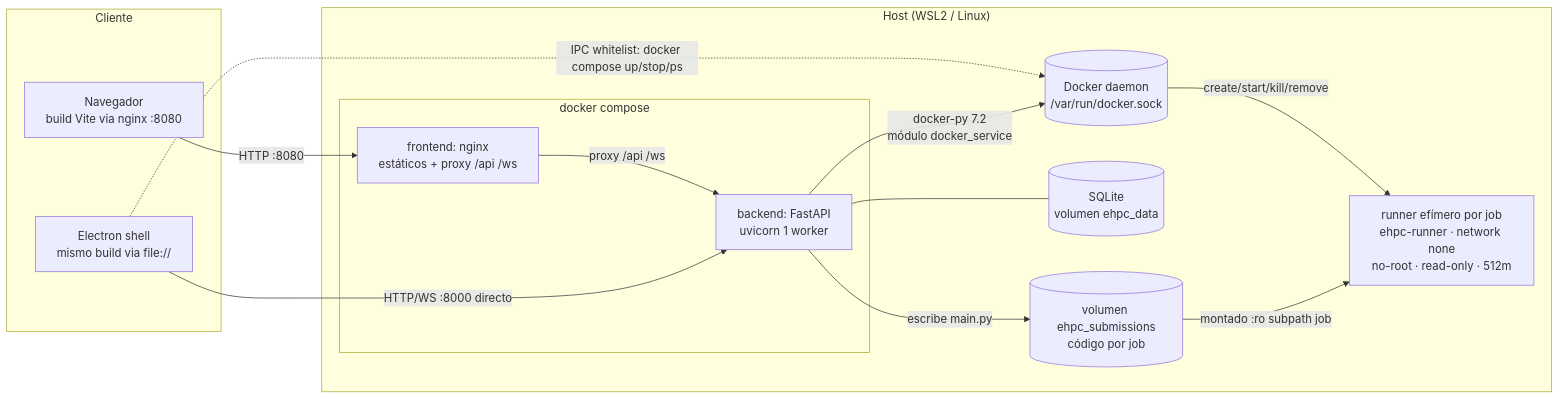
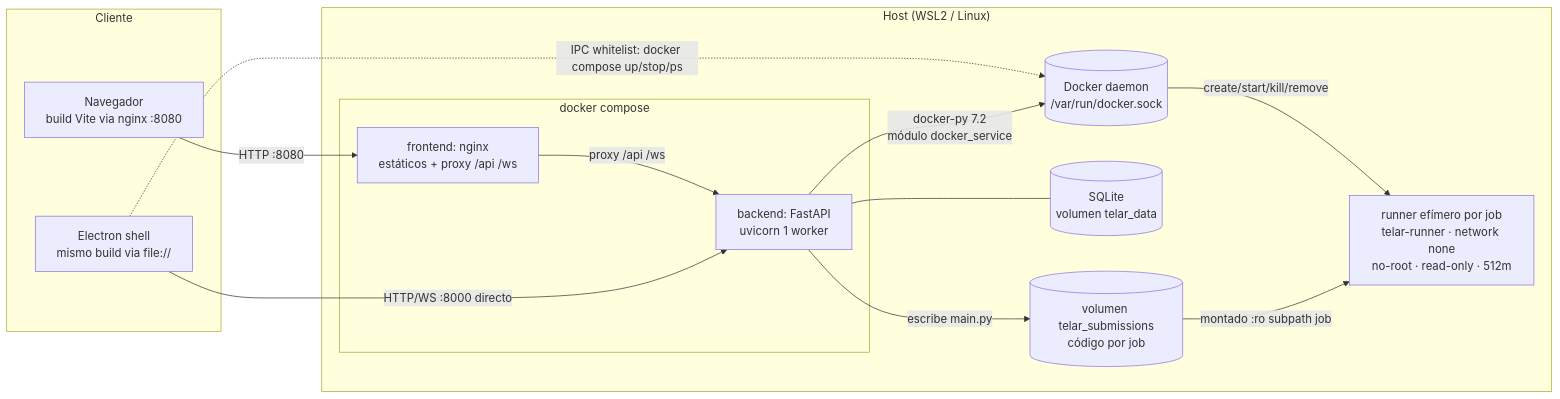
The first of 2 diagrams in e-hpc/docs/architecture/architecture.md (JorgeHSLA/tesis), drawn with Mermaid before and after one commit. The commit also changed other lines of this file and 57 other files, not shown here.

````diff
--- a/e-hpc/docs/architecture/architecture.md
+++ b/e-hpc/docs/architecture/architecture.md
@@ -31,28 +31,28 @@
 ```mermaid
 flowchart LR
     subgraph Cliente
         WEB[Navegador<br/>build Vite via nginx :8080]
         ELEC[Electron shell<br/>mismo build via file://]
     end
 
     subgraph "Host (WSL2 / Linux)"
         subgraph compose [docker compose]
             NGINX[frontend: nginx<br/>estáticos + proxy /api /ws]
             BACK[backend: FastAPI<br/>uvicorn 1 worker]
         end
         DOCKERD[(Docker daemon<br/>/var/run/docker.sock)]
-        RUNNER[runner efímero por job<br/>ehpc-runner · network none<br/>no-root · read-only · 512m]
-        DB[(SQLite<br/>volumen ehpc_data)]
-        SUBS[(volumen ehpc_submissions<br/>código por job)]
+        RUNNER[runner efímero por job<br/>telar-runner · network none<br/>no-root · read-only · 512m]
+        DB[(SQLite<br/>volumen telar_data)]
+        SUBS[(volumen telar_submissions<br/>código por job)]
     end
 
     WEB -->|HTTP :8080| NGINX
     NGINX -->|proxy /api /ws| BACK
     ELEC -->|HTTP/WS :8000 directo| BACK
     ELEC -.->|IPC whitelist: docker compose up/stop/ps| DOCKERD
     BACK -->|docker-py 7.2<br/>módulo docker_service| DOCKERD
     DOCKERD -->|create/start/kill/remove| RUNNER
     BACK --- DB
     BACK -->|escribe main.py| SUBS
     SUBS -->|montado :ro subpath job| RUNNER
 ```
````
